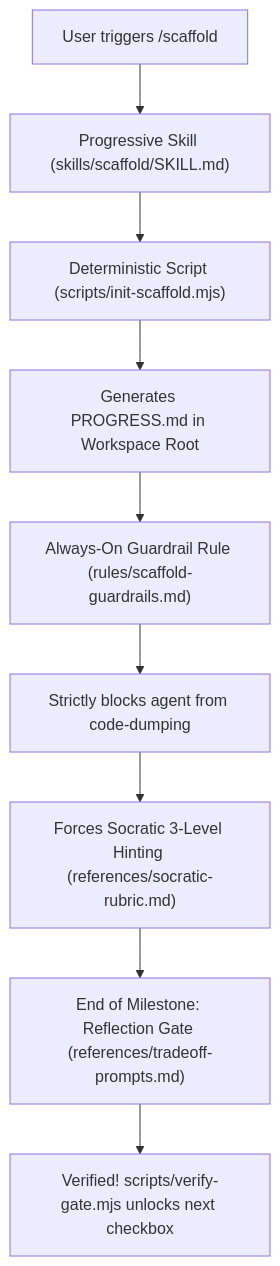
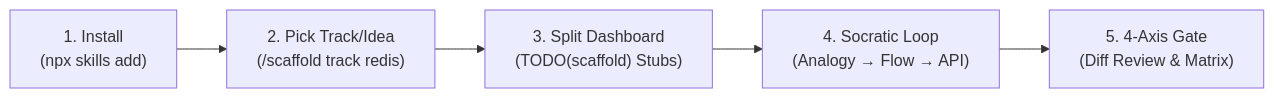
One commit to mo-farooq/Scaffold.ai changed the diagram in README.md. Above: the diagram before and after it, drawn with Mermaid. The commit also changed other lines of this file and 18 other files, not shown here.

Commit message:
feat(skills): harden release contracts, strictly sequential gates, and Node test suite (v0.2.0)

````diff
--- a/README.md
+++ b/README.md
@@ -95,11 +65,7 @@
 ```mermaid
-graph TD
-    A["User triggers /scaffold"] --> B["Progressive Skill (skills/scaffold/SKILL.md)"]
-    B --> C["Deterministic Script (scripts/init-scaffold.mjs)"]
-    C --> D["Generates PROGRESS.md in Workspace Root"]
-    D --> E["Always-On Guardrail Rule (rules/scaffold-guardrails.md)"]
-    E --> F["Strictly blocks agent from code-dumping"]
-    F --> G["Forces Socratic 3-Level Hinting (references/socratic-rubric.md)"]
-    G --> H["End of Milestone: Reflection Gate (references/tradeoff-prompts.md)"]
-    H --> I["Verified! scripts/verify-gate.mjs unlocks next checkbox"]
+graph LR
+    A["1. Install<br/>(npx skills add)"] --> B["2. Pick Track/Idea<br/>(/scaffold track redis)"]
+    B --> C["3. Split Dashboard<br/>(TODO(scaffold) Stubs)"]
+    C --> D["4. Socratic Loop<br/>(Analogy → Flow → API)"]
+    D --> E["5. 4-Axis Gate<br/>(Diff Review & Matrix)"]
 ```
````
